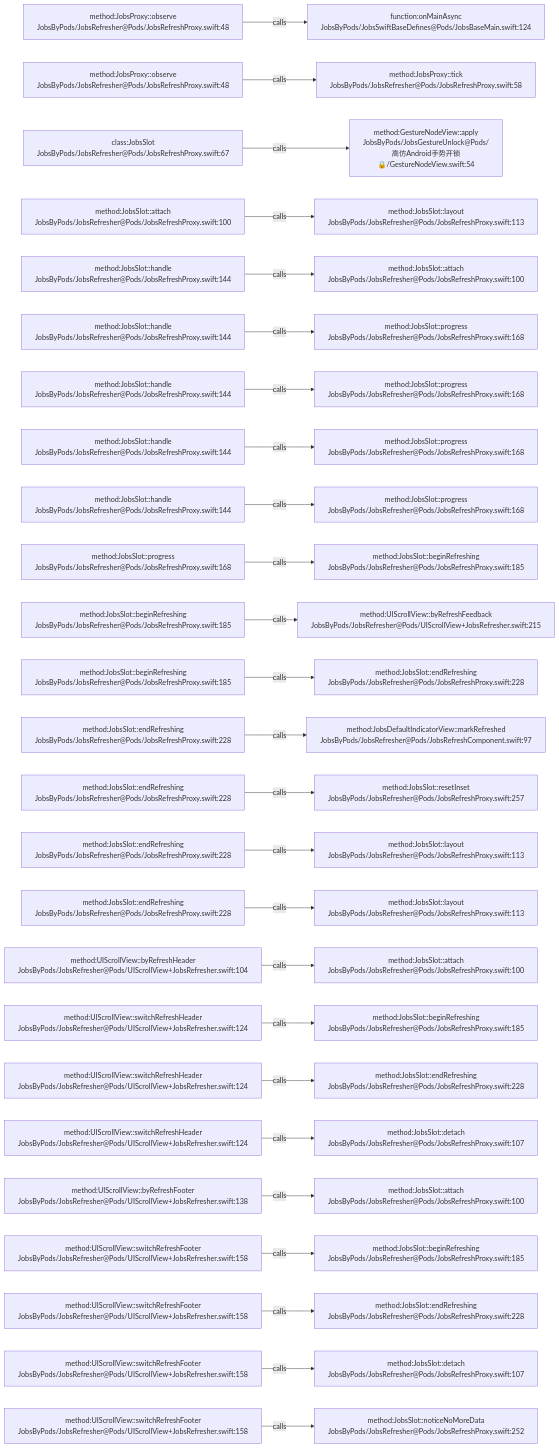
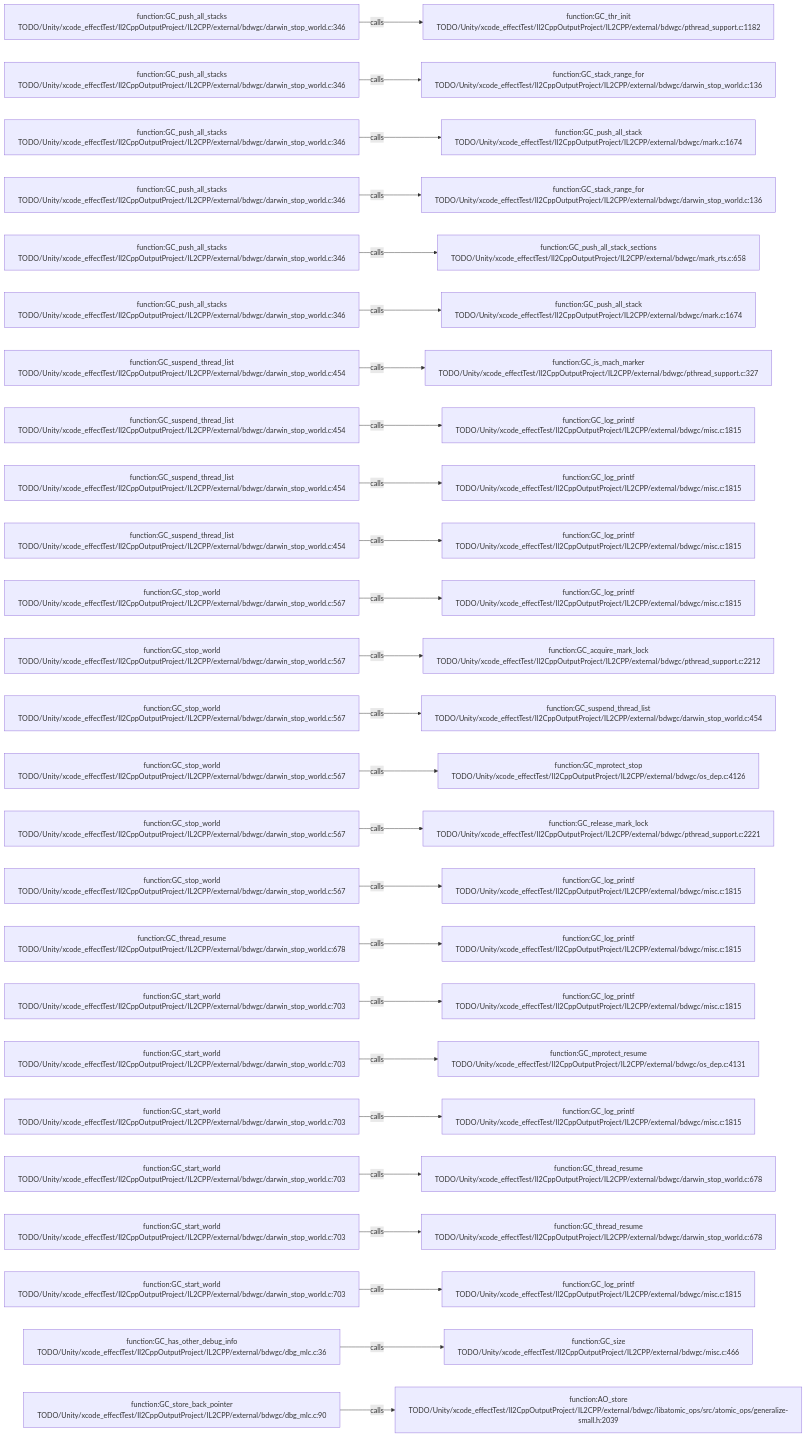
The diagram in .codegraph/codegraph.md/graphs/calls-164.md (JobsKits/JobsSwiftBaseConfigDemo), drawn with Mermaid before and after one commit. The commit also changed 569 other files, not shown here.

````diff
--- a/.codegraph/codegraph.md/graphs/calls-164.md
+++ b/.codegraph/codegraph.md/graphs/calls-164.md
@@ -13,78 +13,78 @@
 ```mermaid
 flowchart LR
-  S1["method:JobsProxy::observe<br/>JobsByPods/JobsRefresher@Pods/JobsRefreshProxy.swift:48"]
-  T1["function:onMainAsync<br/>JobsByPods/JobsSwiftBaseDefines@Pods/JobsBaseMain.swift:124"]
+  S1["function:GC_push_all_stacks<br/>TODO/Unity/xcode_effectTest/Il2CppOutputProject/IL2CPP/external/bdwgc/darwin_stop_world.c:346"]
+  T1["function:GC_thr_init<br/>TODO/Unity/xcode_effectTest/Il2CppOutputProject/IL2CPP/external/bdwgc/pthread_support.c:1182"]
   S1 -->|calls| T1
-  S2["method:JobsProxy::observe<br/>JobsByPods/JobsRefresher@Pods/JobsRefreshProxy.swift:48"]
-  T2["method:JobsProxy::tick<br/>JobsByPods/JobsRefresher@Pods/JobsRefreshProxy.swift:58"]
+  S2["function:GC_push_all_stacks<br/>TODO/Unity/xcode_effectTest/Il2CppOutputProject/IL2CPP/external/bdwgc/darwin_stop_world.c:346"]
+  T2["function:GC_stack_range_for<br/>TODO/Unity/xcode_effectTest/Il2CppOutputProject/IL2CPP/external/bdwgc/darwin_stop_world.c:136"]
   S2 -->|calls| T2
-  S3["class:JobsSlot<br/>JobsByPods/JobsRefresher@Pods/JobsRefreshProxy.swift:67"]
-  T3["method:GestureNodeView::apply<br/>JobsByPods/JobsGestureUnlock@Pods/高仿Android手势开锁🔒/GestureNodeView.swift:54"]
+  S3["function:GC_push_all_stacks<br/>TODO/Unity/xcode_effectTest/Il2CppOutputProject/IL2CPP/external/bdwgc/darwin_stop_world.c:346"]
+  T3["function:GC_push_all_stack<br/>TODO/Unity/xcode_effectTest/Il2CppOutputProject/IL2CPP/external/bdwgc/mark.c:1674"]
   S3 -->|calls| T3
-  S4["method:JobsSlot::attach<br/>JobsByPods/JobsRefresher@Pods/JobsRefreshProxy.swift:100"]
-  T4["method:JobsSlot::layout<br/>JobsByPods/JobsRefresher@Pods/JobsRefreshProxy.swift:113"]
+  S4["function:GC_push_all_stacks<br/>TODO/Unity/xcode_effectTest/Il2CppOutputProject/IL2CPP/external/bdwgc/darwin_stop_world.c:346"]
+  T4["function:GC_stack_range_for<br/>TODO/Unity/xcode_effectTest/Il2CppOutputProject/IL2CPP/external/bdwgc/darwin_stop_world.c:136"]
   S4 -->|calls| T4
-  S5["method:JobsSlot::handle<br/>JobsByPods/JobsRefresher@Pods/JobsRefreshProxy.swift:144"]
-  T5["method:JobsSlot::attach<br/>JobsByPods/JobsRefresher@Pods/JobsRefreshProxy.swift:100"]
+  S5["function:GC_push_all_stacks<br/>TODO/Unity/xcode_effectTest/Il2CppOutputProject/IL2CPP/external/bdwgc/darwin_stop_world.c:346"]
+  T5["function:GC_push_all_stack_sections<br/>TODO/Unity/xcode_effectTest/Il2CppOutputProject/IL2CPP/external/bdwgc/mark_rts.c:658"]
   S5 -->|calls| T5
-  S6["method:JobsSlot::handle<br/>JobsByPods/JobsRefresher@Pods/JobsRefreshProxy.swift:144"]
-  T6["method:JobsSlot::progress<br/>JobsByPods/JobsRefresher@Pods/JobsRefreshProxy.swift:168"]
+  S6["function:GC_push_all_stacks<br/>TODO/Unity/xcode_effectTest/Il2CppOutputProject/IL2CPP/external/bdwgc/darwin_stop_world.c:346"]
+  T6["function:GC_push_all_stack<br/>TODO/Unity/xcode_effectTest/Il2CppOutputProject/IL2CPP/external/bdwgc/mark.c:1674"]
   S6 -->|calls| T6
-  S7["method:JobsSlot::handle<br/>JobsByPods/JobsRefresher@Pods/JobsRefreshProxy.swift:144"]
-  T7["method:JobsSlot::progress<br/>JobsByPods/JobsRefresher@Pods/JobsRefreshProxy.swift:168"]
+  S7["function:GC_suspend_thread_list<br/>TODO/Unity/xcode_effectTest/Il2CppOutputProject/IL2CPP/external/bdwgc/darwin_stop_world.c:454"]
+  T7["function:GC_is_mach_marker<br/>TODO/Unity/xcode_effectTest/Il2CppOutputProject/IL2CPP/external/bdwgc/pthread_support.c:327"]
   S7 -->|calls| T7
-  S8["method:JobsSlot::handle<br/>JobsByPods/JobsRefresher@Pods/JobsRefreshProxy.swift:144"]
-  T8["method:JobsSlot::progress<br/>JobsByPods/JobsRefresher@Pods/JobsRefreshProxy.swift:168"]
+  S8["function:GC_suspend_thread_list<br/>TODO/Unity/xcode_effectTest/Il2CppOutputProject/IL2CPP/external/bdwgc/darwin_stop_world.c:454"]
+  T8["function:GC_log_printf<br/>TODO/Unity/xcode_effectTest/Il2CppOutputProject/IL2CPP/external/bdwgc/misc.c:1815"]
   S8 -->|calls| T8
-  S9["method:JobsSlot::handle<br/>JobsByPods/JobsRefresher@Pods/JobsRefreshProxy.swift:144"]
-  T9["method:JobsSlot::progress<br/>JobsByPods/JobsRefresher@Pods/JobsRefreshProxy.swift:168"]
+  S9["function:GC_suspend_thread_list<br/>TODO/Unity/xcode_effectTest/Il2CppOutputProject/IL2CPP/external/bdwgc/darwin_stop_world.c:454"]
+  T9["function:GC_log_printf<br/>TODO/Unity/xcode_effectTest/Il2CppOutputProject/IL2CPP/external/bdwgc/misc.c:1815"]
   S9 -->|calls| T9
-  S10["method:JobsSlot::progress<br/>JobsByPods/JobsRefresher@Pods/JobsRefreshProxy.swift:168"]
-  T10["method:JobsSlot::beginRefreshing<br/>JobsByPods/JobsRefresher@Pods/JobsRefreshProxy.swift:185"]
+  S10["function:GC_suspend_thread_list<br/>TODO/Unity/xcode_effectTest/Il2CppOutputProject/IL2CPP/external/bdwgc/darwin_stop_world.c:454"]
+  T10["function:GC_log_printf<br/>TODO/Unity/xcode_effectTest/Il2CppOutputProject/IL2CPP/external/bdwgc/misc.c:1815"]
   S10 -->|calls| T10
-  S11["method:JobsSlot::beginRefreshing<br/>JobsByPods/JobsRefresher@Pods/JobsRefreshProxy.swift:185"]
-  T11["method:UIScrollView::byRefreshFeedback<br/>JobsByPods/JobsRefresher@Pods/UIScrollView+JobsRefresher.swift:215"]
+  S11["function:GC_stop_world<br/>TODO/Unity/xcode_effectTest/Il2CppOutputProject/IL2CPP/external/bdwgc/darwin_stop_world.c:567"]
+  T11["function:GC_log_printf<br/>TODO/Unity/xcode_effectTest/Il2CppOutputProject/IL2CPP/external/bdwgc/misc.c:1815"]
   S11 -->|calls| T11
-  S12["method:JobsSlot::beginRefreshing<br/>JobsByPods/JobsRefresher@Pods/JobsRefreshProxy.swift:185"]
-  T12["method:JobsSlot::endRefreshing<br/>JobsByPods/JobsRefresher@Pods/JobsRefreshProxy.swift:228"]
+  S12["function:GC_stop_world<br/>TODO/Unity/xcode_effectTest/Il2CppOutputProject/IL2CPP/external/bdwgc/darwin_stop_world.c:567"]
+  T12["function:GC_acquire_mark_lock<br/>TODO/Unity/xcode_effectTest/Il2CppOutputProject/IL2CPP/external/bdwgc/pthread_support.c:2212"]
   S12 -->|calls| T12
-  S13["method:JobsSlot::endRefreshing<br/>JobsByPods/JobsRefresher@Pods/JobsRefreshProxy.swift:228"]
-  T13["method:JobsDefaultIndicatorView::markRefreshed<br/>JobsByPods/JobsRefresher@Pods/JobsRefreshComponent.swift:97"]
+  S13["function:GC_stop_world<br/>TODO/Unity/xcode_effectTest/Il2CppOutputProject/IL2CPP/external/bdwgc/darwin_stop_world.c:567"]
+  T13["function:GC_suspend_thread_list<br/>TODO/Unity/xcode_effectTest/Il2CppOutputProject/IL2CPP/external/bdwgc/darwin_stop_world.c:454"]
   S13 -->|calls| T13
-  S14["method:JobsSlot::endRefreshing<br/>JobsByPods/JobsRefresher@Pods/JobsRefreshProxy.swift:228"]
-  T14["method:JobsSlot::resetInset<br/>JobsByPods/JobsRefresher@Pods/JobsRefreshProxy.swift:257"]
+  S14["function:GC_stop_world<br/>TODO/Unity/xcode_effectTest/Il2CppOutputProject/IL2CPP/external/bdwgc/darwin_stop_world.c:567"]
+  T14["function:GC_mprotect_stop<br/>TODO/Unity/xcode_effectTest/Il2CppOutputProject/IL2CPP/external/bdwgc/os_dep.c:4126"]
   S14 -->|calls| T14
-  S15["method:JobsSlot::endRefreshing<br/>JobsByPods/JobsRefresher@Pods/JobsRefreshProxy.swift:228"]
-  T15["method:JobsSlot::layout<br/>JobsByPods/JobsRefresher@Pods/JobsRefreshProxy.swift:113"]
+  S15["function:GC_stop_world<br/>TODO/Unity/xcode_effectTest/Il2CppOutputProject/IL2CPP/external/bdwgc/darwin_stop_world.c:567"]
+  T15["function:GC_release_mark_lock<br/>TODO/Unity/xcode_effectTest/Il2CppOutputProject/IL2CPP/external/bdwgc/pthread_support.c:2221"]
   S15 -->|calls| T15
-  S16["method:JobsSlot::endRefreshing<br/>JobsByPods/JobsRefresher@Pods/JobsRefreshProxy.swift:228"]
-  T16["method:JobsSlot::layout<br/>JobsByPods/JobsRefresher@Pods/JobsRefreshProxy.swift:113"]
+  S16["function:GC_stop_world<br/>TODO/Unity/xcode_effectTest/Il2CppOutputProject/IL2CPP/external/bdwgc/darwin_stop_world.c:567"]
+  T16["function:GC_log_printf<br/>TODO/Unity/xcode_effectTest/Il2CppOutputProject/IL2CPP/external/bdwgc/misc.c:1815"]
   S16 -->|calls| T16
-  S17["method:UIScrollView::byRefreshHeader<br/>JobsByPods/JobsRefresher@Pods/UIScrollView+JobsRefresher.swift:104"]
-  T17["method:JobsSlot::attach<br/>JobsByPods/JobsRefresher@Pods/JobsRefreshProxy.swift:100"]
+  S17["function:GC_thread_resume<br/>TODO/Unity/xcode_effectTest/Il2CppOutputProject/IL2CPP/external/bdwgc/darwin_stop_world.c:678"]
+  T17["function:GC_log_printf<br/>TODO/Unity/xcode_effectTest/Il2CppOutputProject/IL2CPP/external/bdwgc/misc.c:1815"]
   S17 -->|calls| T17
-  S18["method:UIScrollView::switchRefreshHeader<br/>JobsByPods/JobsRefresher@Pods/UIScrollView+JobsRefresher.swift:124"]
-  T18["method:JobsSlot::beginRefreshing<br/>JobsByPods/JobsRefresher@Pods/JobsRefreshProxy.swift:185"]
+  S18["function:GC_start_world<br/>TODO/Unity/xcode_effectTest/Il2CppOutputProject/IL2CPP/external/bdwgc/darwin_stop_world.c:703"]
+  T18["function:GC_log_printf<br/>TODO/Unity/xcode_effectTest/Il2CppOutputProject/IL2CPP/external/bdwgc/misc.c:1815"]
   S18 -->|calls| T18
-  S19["method:UIScrollView::switchRefreshHeader<br/>JobsByPods/JobsRefresher@Pods/UIScrollView+JobsRefresher.swift:124"]
-  T19["method:JobsSlot::endRefreshing<br/>JobsByPods/JobsRefresher@Pods/JobsRefreshProxy.swift:228"]
+  S19["function:GC_start_world<br/>TODO/Unity/xcode_effectTest/Il2CppOutputProject/IL2CPP/external/bdwgc/darwin_stop_world.c:703"]
+  T19["function:GC_mprotect_resume<br/>TODO/Unity/xcode_effectTest/Il2CppOutputProject/IL2CPP/external/bdwgc/os_dep.c:4131"]
   S19 -->|calls| T19
-  S20["method:UIScrollView::switchRefreshHeader<br/>JobsByPods/JobsRefresher@Pods/UIScrollView+JobsRefresher.swift:124"]
-  T20["method:JobsSlot::detach<br/>JobsByPods/JobsRefresher@Pods/JobsRefreshProxy.swift:107"]
+  S20["function:GC_start_world<br/>TODO/Unity/xcode_effectTest/Il2CppOutputProject/IL2CPP/external/bdwgc/darwin_stop_world.c:703"]
+  T20["function:GC_log_printf<br/>TODO/Unity/xcode_effectTest/Il2CppOutputProject/IL2CPP/external/bdwgc/misc.c:1815"]
   S20 -->|calls| T20
-  S21["method:UIScrollView::byRefreshFooter<br/>JobsByPods/JobsRefresher@Pods/UIScrollView+JobsRefresher.swift:138"]
-  T21["method:JobsSlot::attach<br/>JobsByPods/JobsRefresher@Pods/JobsRefreshProxy.swift:100"]
+  S21["function:GC_start_world<br/>TODO/Unity/xcode_effectTest/Il2CppOutputProject/IL2CPP/external/bdwgc/darwin_stop_world.c:703"]
+  T21["function:GC_thread_resume<br/>TODO/Unity/xcode_effectTest/Il2CppOutputProject/IL2CPP/external/bdwgc/darwin_stop_world.c:678"]
   S21 -->|calls| T21
-  S22["method:UIScrollView::switchRefreshFooter<br/>JobsByPods/JobsRefresher@Pods/UIScrollView+JobsRefresher.swift:158"]
-  T22["method:JobsSlot::beginRefreshing<br/>JobsByPods/JobsRefresher@Pods/JobsRefreshProxy.swift:185"]
+  S22["function:GC_start_world<br/>TODO/Unity/xcode_effectTest/Il2CppOutputProject/IL2CPP/external/bdwgc/darwin_stop_world.c:703"]
+  T22["function:GC_thread_resume<br/>TODO/Unity/xcode_effectTest/Il2CppOutputProject/IL2CPP/external/bdwgc/darwin_stop_world.c:678"]
   S22 -->|calls| T22
-  S23["method:UIScrollView::switchRefreshFooter<br/>JobsByPods/JobsRefresher@Pods/UIScrollView+JobsRefresher.swift:158"]
-  T23["method:JobsSlot::endRefreshing<br/>JobsByPods/JobsRefresher@Pods/JobsRefreshProxy.swift:228"]
+  S23["function:GC_start_world<br/>TODO/Unity/xcode_effectTest/Il2CppOutputProject/IL2CPP/external/bdwgc/darwin_stop_world.c:703"]
+  T23["function:GC_log_printf<br/>TODO/Unity/xcode_effectTest/Il2CppOutputProject/IL2CPP/external/bdwgc/misc.c:1815"]
   S23 -->|calls| T23
-  S24["method:UIScrollView::switchRefreshFooter<br/>JobsByPods/JobsRefresher@Pods/UIScrollView+JobsRefresher.swift:158"]
-  T24["method:JobsSlot::detach<br/>JobsByPods/JobsRefresher@Pods/JobsRefreshProxy.swift:107"]
+  S24["function:GC_has_other_debug_info<br/>TODO/Unity/xcode_effectTest/Il2CppOutputProject/IL2CPP/external/bdwgc/dbg_mlc.c:36"]
+  T24["function:GC_size<br/>TODO/Unity/xcode_effectTest/Il2CppOutputProject/IL2CPP/external/bdwgc/misc.c:466"]
   S24 -->|calls| T24
-  S25["method:UIScrollView::switchRefreshFooter<br/>JobsByPods/JobsRefresher@Pods/UIScrollView+JobsRefresher.swift:158"]
-  T25["method:JobsSlot::noticeNoMoreData<br/>JobsByPods/JobsRefresher@Pods/JobsRefreshProxy.swift:252"]
+  S25["function:GC_store_back_pointer<br/>TODO/Unity/xcode_effectTest/Il2CppOutputProject/IL2CPP/external/bdwgc/dbg_mlc.c:90"]
+  T25["function:AO_store<br/>TODO/Unity/xcode_effectTest/Il2CppOutputProject/IL2CPP/external/bdwgc/libatomic_ops/src/atomic_ops/generalize-small.h:2039"]
   S25 -->|calls| T25
 ```
````
